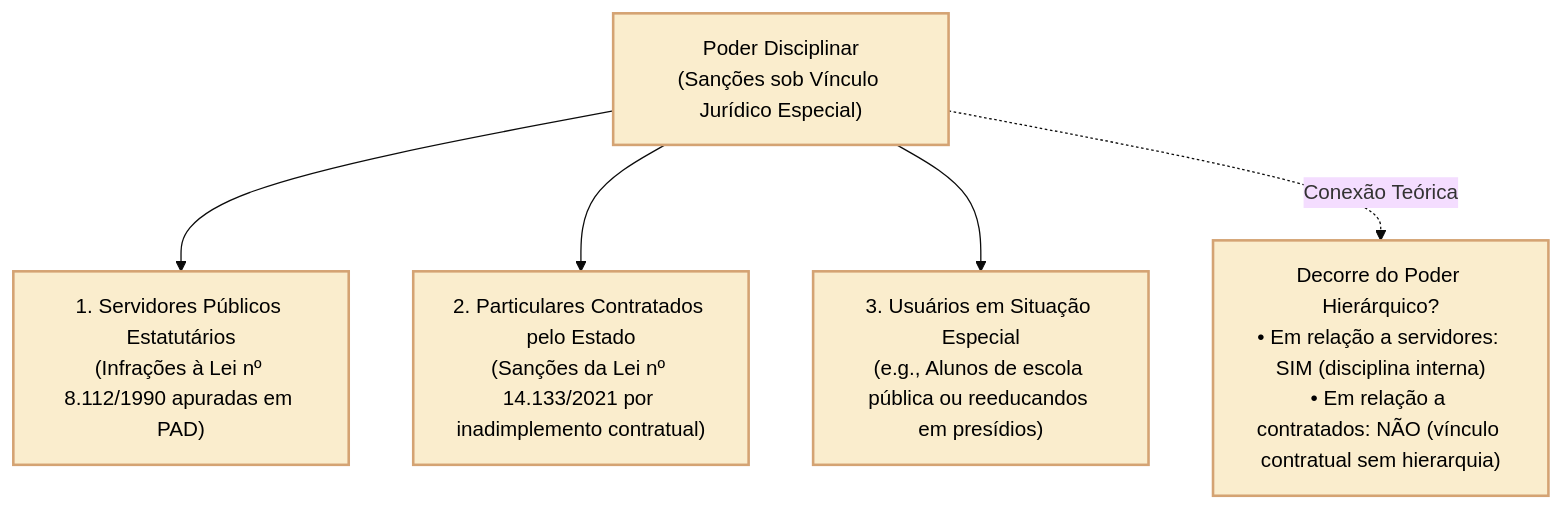
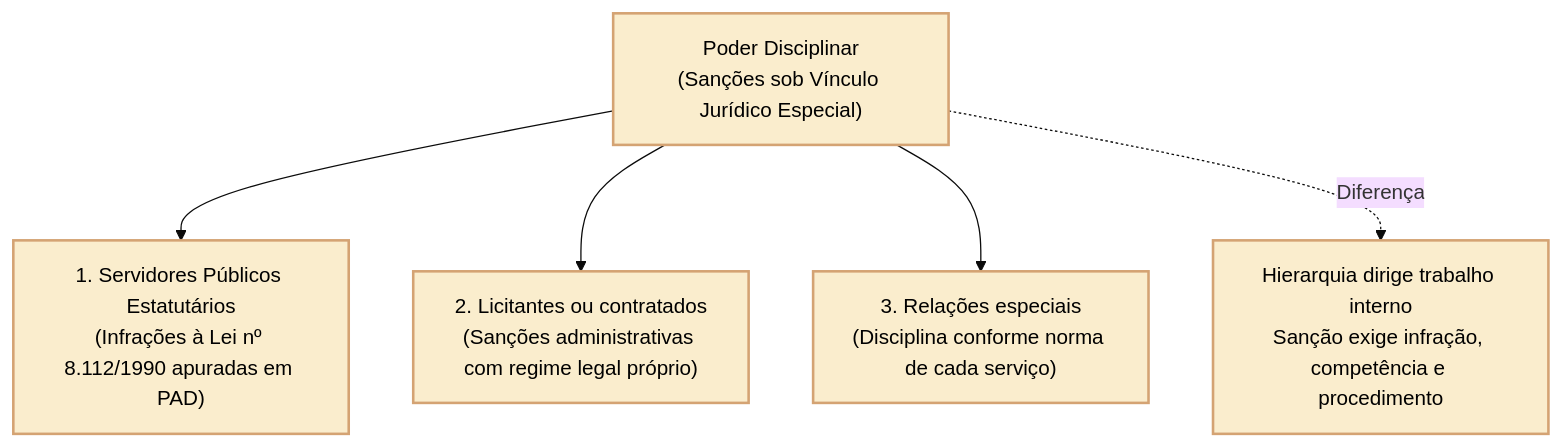
Before and after one commit to leorruas/concursos: the second of 2 diagrams in 3 - Materias/Direito Administrativo/27 - poder hierarquico e poder disciplinar limites e distincoes.md, drawn with Mermaid (base theme). The commit also changed other lines of this file, not shown here.

Commit message:
docs(camara): corrigir delegação, avocação e poder disciplinar DAD27

````diff
--- a/3 - Materias/Direito Administrativo/27 - poder hierarquico e poder disciplinar limites e distincoes.md
+++ b/3 - Materias/Direito Administrativo/27 - poder hierarquico e poder disciplinar limites e distincoes.md
@@ -75,14 +75,14 @@
 ```mermaid
 flowchart TD
     classDef raiz fill:#faedcd,stroke:#d4a373,stroke-width:2px,color:#000000;
     classDef criterio fill:#faedcd,stroke:#d4a373,stroke-width:2px,color:#000000;
     classDef opcao fill:#fff8e7,stroke:#d4a373,stroke-width:1.5px,color:#000000;
 
     PD["Poder Disciplinar<br>(Sanções sob Vínculo Jurídico Especial)"]:::raiz
     
     PD --> SERV["1. Servidores Públicos Estatutários<br>(Infrações à Lei nº 8.112/1990 apuradas em PAD)"]:::criterio
-    PD --> CONT["2. Particulares Contratados pelo Estado<br>(Sanções da Lei nº 14.133/2021 por inadimplemento contratual)"]:::criterio
-    PD --> ALUN["3. Usuários em Situação Especial<br>(e.g., Alunos de escola pública ou reeducandos em presídios)"]:::criterio
+    PD --> CONT["2. Licitantes ou contratados<br>(Sanções administrativas com regime legal próprio)"]:::criterio
+    PD --> ALUN["3. Relações especiais<br>(Disciplina conforme norma de cada serviço)"]:::criterio
     
-    PD -. "Conexão Teórica" .-> HIER["Decorre do Poder Hierárquico?<br>• Em relação a servidores: SIM (disciplina interna)<br>• Em relação a contratados: NÃO (vínculo contratual sem hierarquia)"]:::raiz
+    PD -. "Diferença" .-> HIER["Hierarquia dirige trabalho interno<br>Sanção exige infração, competência e procedimento"]:::raiz
 ```
````
